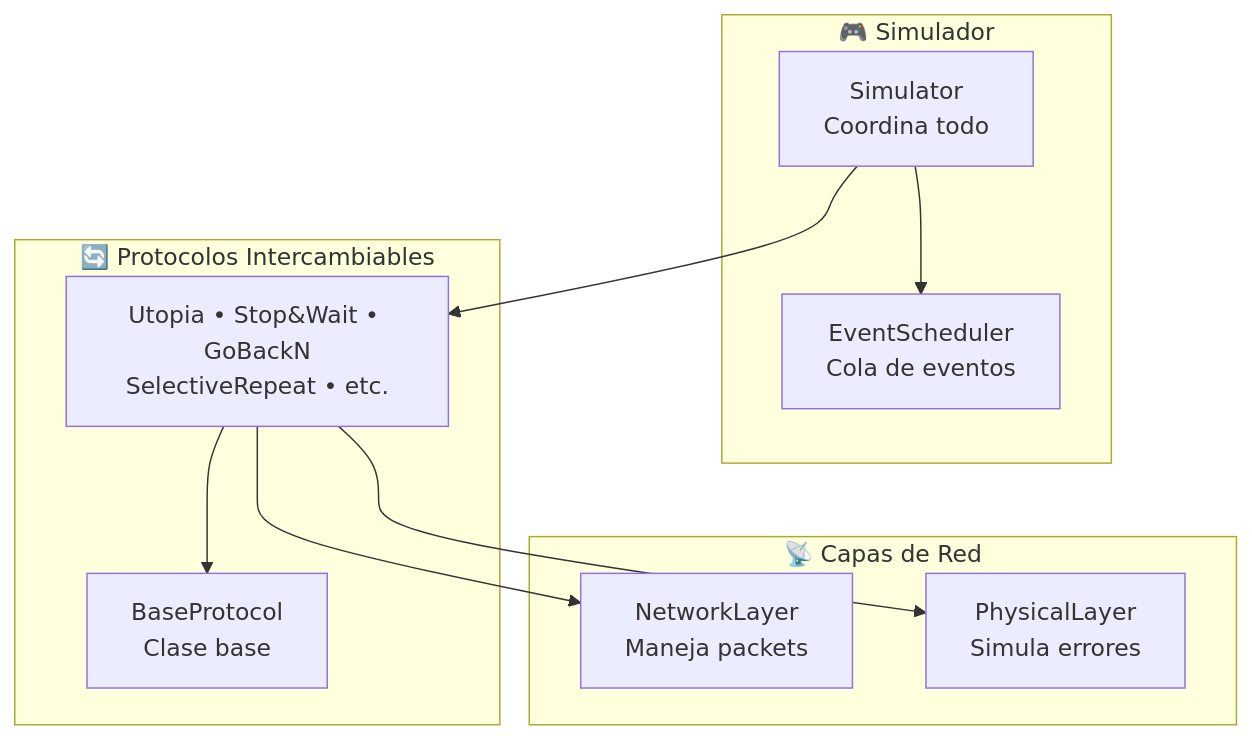
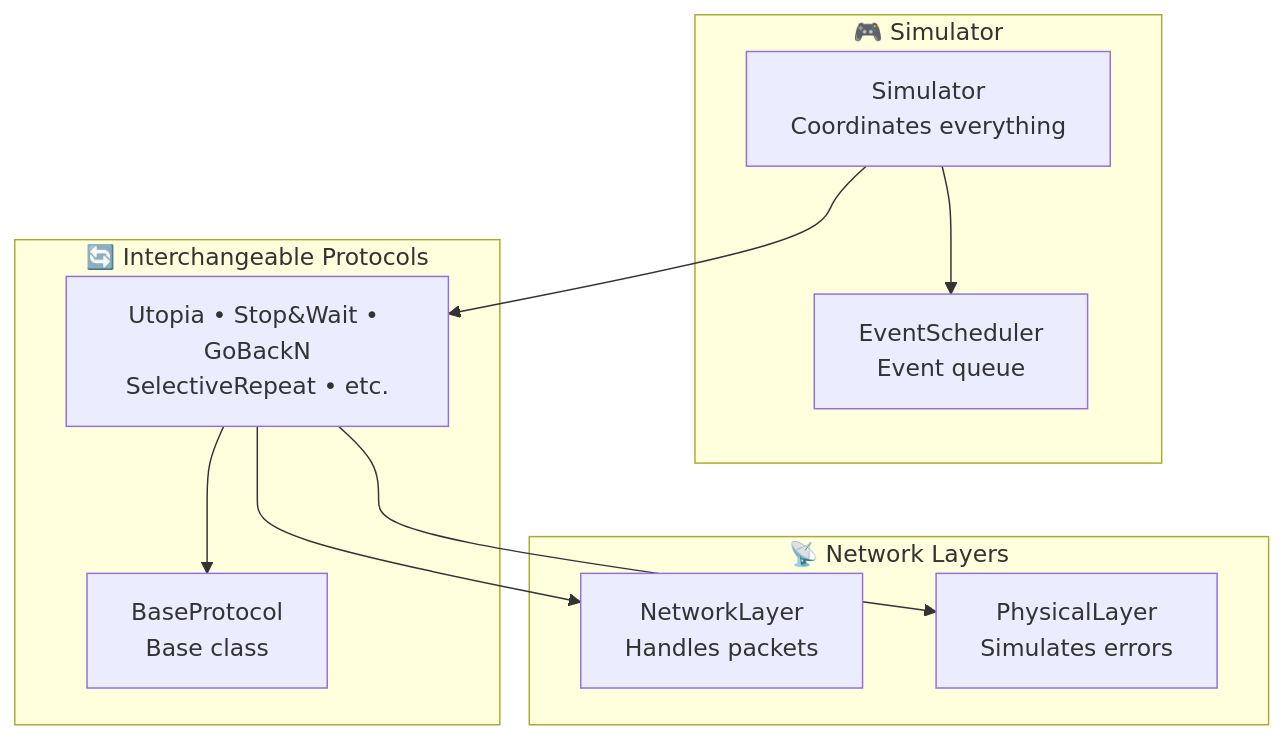
Before and after one commit to PavsTEC/network_simulator: the second of 2 diagrams in README.md, drawn with Mermaid. The commit also changed other lines of this file, not shown here.

````diff
--- a/README.md
+++ b/README.md
@@ -78,23 +96,23 @@
 ```mermaid
 graph TB
-    subgraph "🎮 Simulador"
-        SIM[Simulator<br/>Coordina todo]
-        ES[EventScheduler<br/>Cola de eventos]
+    subgraph "🎮 Simulator"
+        SIM[Simulator<br/>Coordinates everything]
+        ES[EventScheduler<br/>Event queue]
     end
 
-    subgraph "🔄 Protocolos Intercambiables"
-        BP[BaseProtocol<br/>Clase base]
+    subgraph "🔄 Interchangeable Protocols"
+        BP[BaseProtocol<br/>Base class]
         PROT[Utopia • Stop&Wait • GoBackN<br/>SelectiveRepeat • etc.]
     end
 
-    subgraph "📡 Capas de Red"
-        NL[NetworkLayer<br/>Maneja packets]
-        PL[PhysicalLayer<br/>Simula errores]
+    subgraph "📡 Network Layers"
+        NL[NetworkLayer<br/>Handles packets]
+        PL[PhysicalLayer<br/>Simulates errors]
     end
 
     SIM --> ES
     SIM --> PROT
     PROT --> BP
     PROT --> NL
     PROT --> PL
 ```
````
